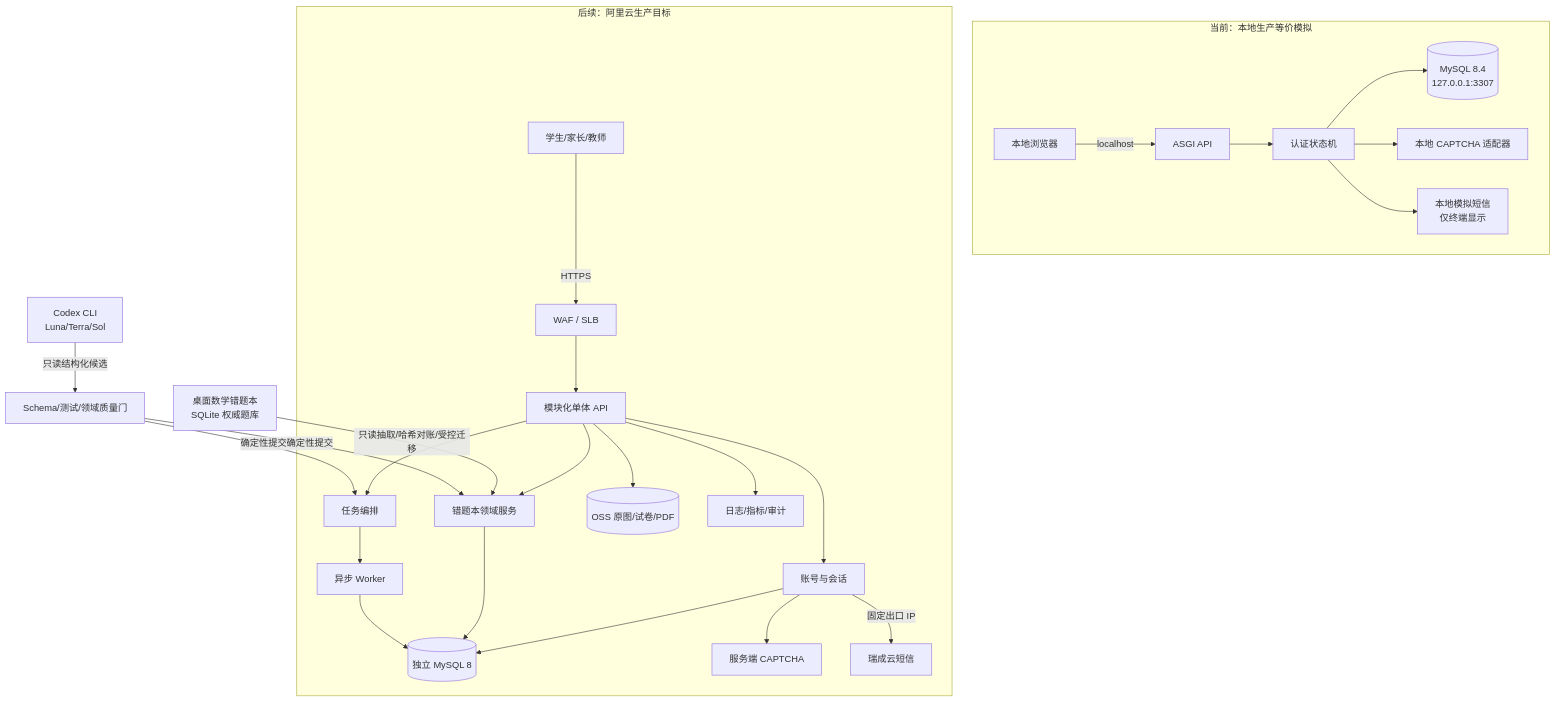
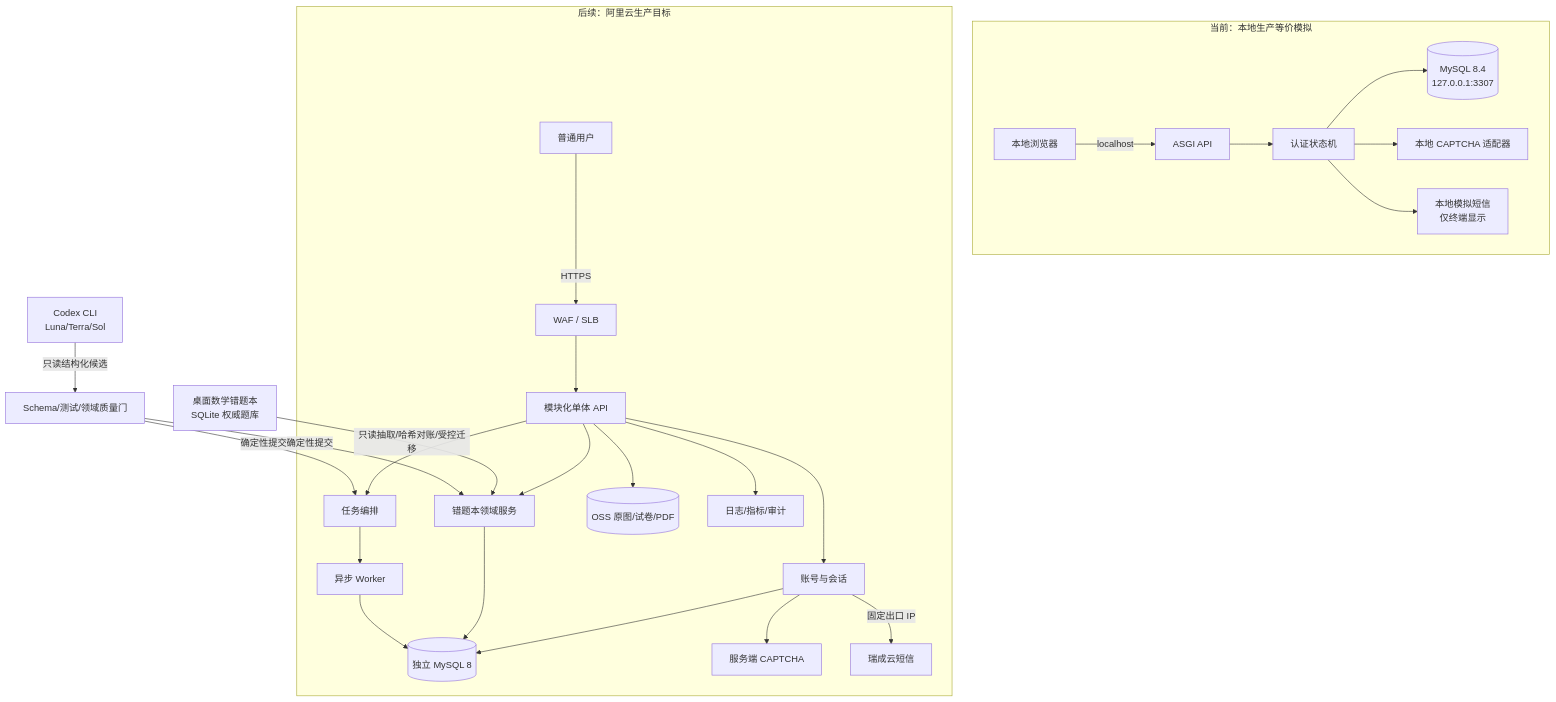
The first of 3 diagrams in PROJECT_ARCHITECTURE.md (chjesu/math-error-notebook-web), drawn with Mermaid before and after one commit. The commit also changed other lines of this file and 9 other files, not shown here.

````diff
--- a/PROJECT_ARCHITECTURE.md
+++ b/PROJECT_ARCHITECTURE.md
@@ -19,31 +19,31 @@
 ```mermaid
 flowchart TB
     subgraph LOCAL[当前：本地生产等价模拟]
         LB[本地浏览器] -->|localhost| LAPI[ASGI API]
         LAPI --> LAUTH[认证状态机]
         LAUTH --> LDB[(MySQL 8.4\n127.0.0.1:3307)]
         LAUTH --> LCAPTCHA[本地 CAPTCHA 适配器]
         LAUTH --> LSMS[本地模拟短信\n仅终端显示]
     end
 
     subgraph TARGET[后续：阿里云生产目标]
-        U[学生/家长/教师] -->|HTTPS| WAF[WAF / SLB]
+        U[普通用户] -->|HTTPS| WAF[WAF / SLB]
         WAF --> API[模块化单体 API]
         API --> AUTH[账号与会话]
         API --> DOMAIN[错题本领域服务]
         API --> JOBS[任务编排]
         JOBS --> WORKER[异步 Worker]
         AUTH --> MYSQL[(独立 MySQL 8)]
         DOMAIN --> MYSQL
         WORKER --> MYSQL
         API --> OSS[(OSS 原图/试卷/PDF)]
         AUTH --> CAPTCHA[服务端 CAPTCHA]
         AUTH -->|固定出口 IP| SMS[瑞成云短信]
         API --> OBS[日志/指标/审计]
     end
 
     DESKTOP[桌面数学错题本\nSQLite 权威题库] -->|只读抽取/哈希对账/受控迁移| DOMAIN
     REVIEW[Codex CLI\nLuna/Terra/Sol] -->|只读结构化候选| GATE[Schema/测试/领域质量门]
     GATE -->|确定性提交| DOMAIN
     GATE -->|确定性提交| JOBS
 ```
````
